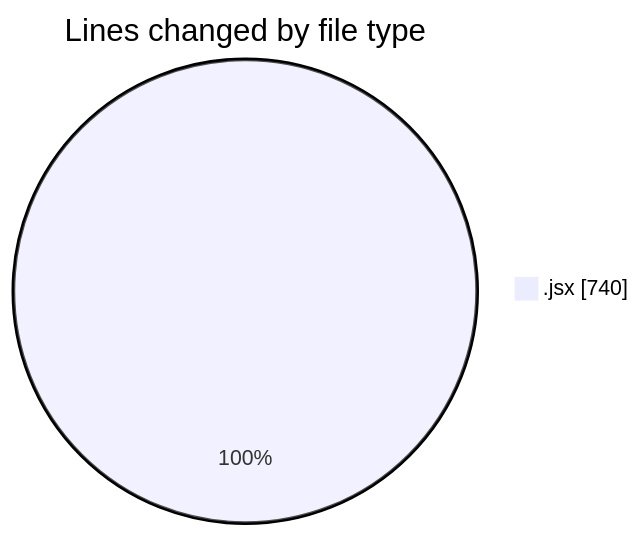
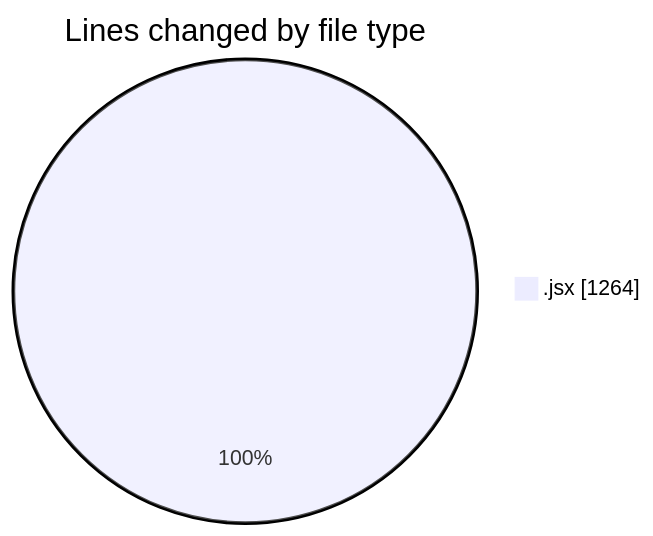
Before and after one commit to nxtqubesakshisongat/code-tracking: the first of 2 diagrams in 2025-05-19/nxtqube_webapp/README.md, drawn with Mermaid. The commit also changed other lines of this file and 1 other file, not shown here.

````diff
--- a/2025-05-19/nxtqube_webapp/README.md
+++ b/2025-05-19/nxtqube_webapp/README.md
@@ -21,5 +22,5 @@
 ```mermaid
 pie showData
 title Lines changed by file type
-".jsx" : 740
+".jsx" : 1264
 ```
````
